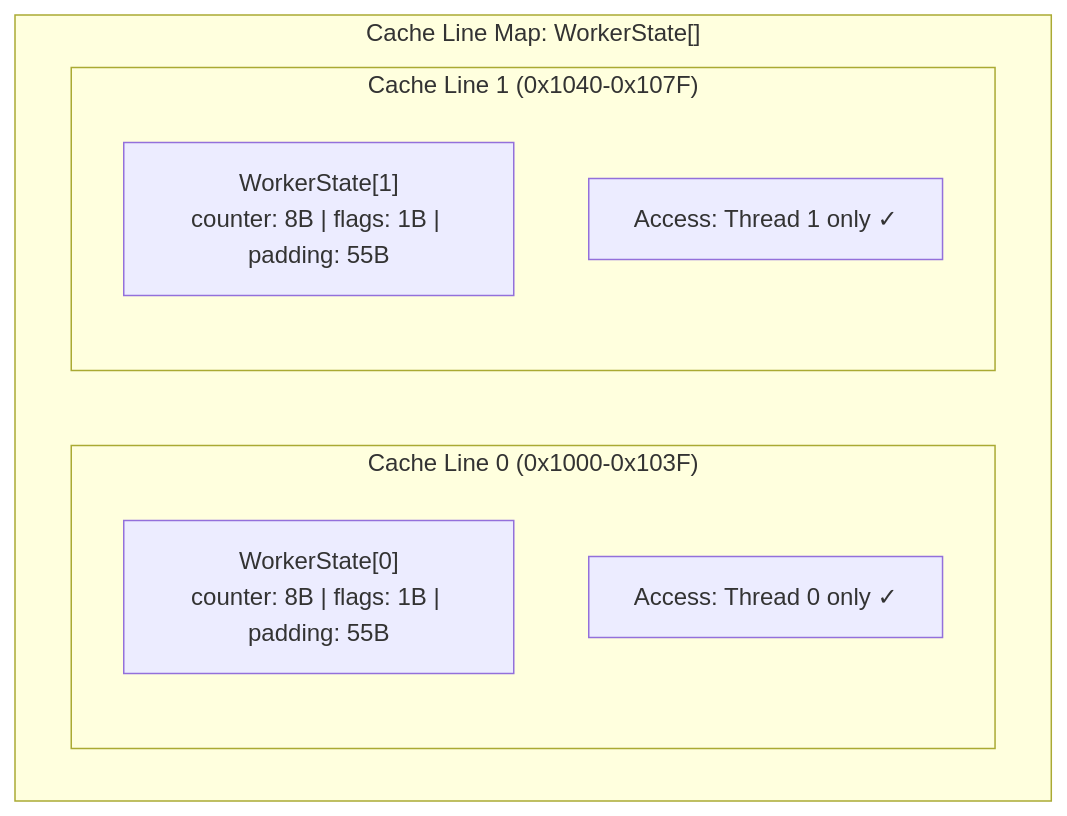
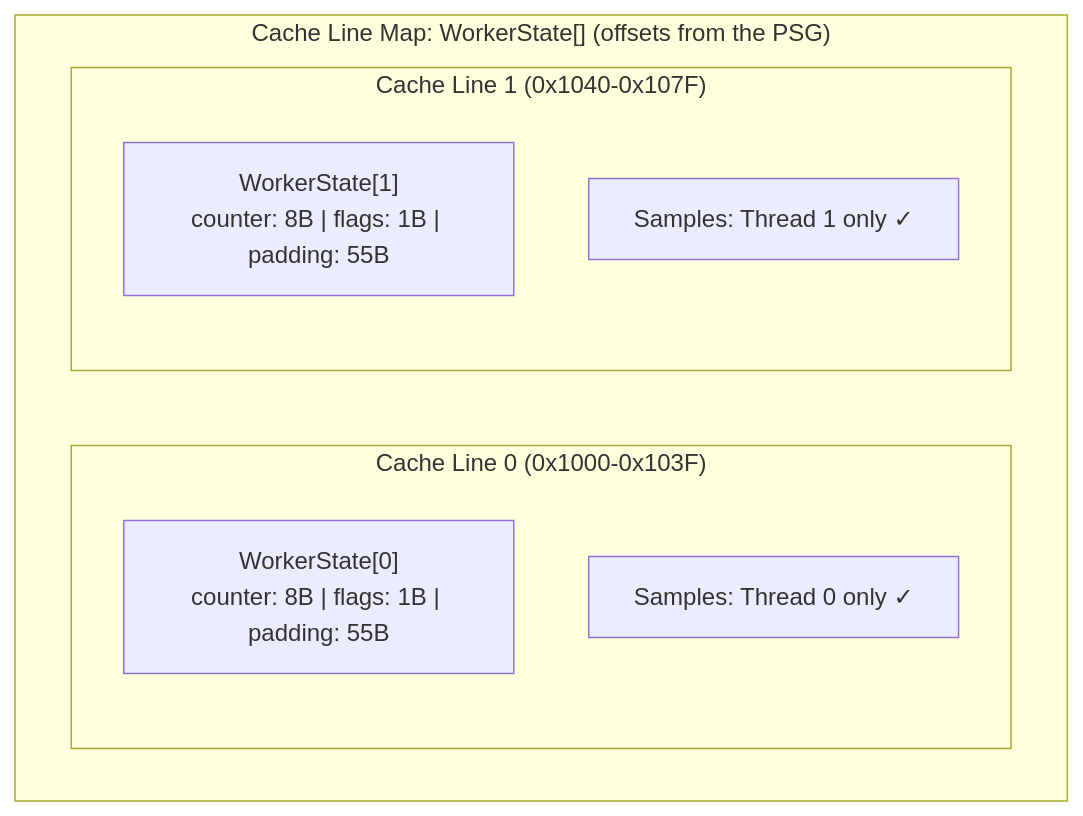
One commit to FidelityFramework/Atelier changed the third of 3 diagrams in docs/08_tooling_integration.md. Above: the diagram before and after it, drawn with Mermaid. The commit also changed other lines of this file and 23 other files, not shown here.

````diff
--- a/docs/08_tooling_integration.md
+++ b/docs/08_tooling_integration.md
@@ -131,14 +141,14 @@
 ```mermaid
 flowchart TB
-    subgraph cachemap["Cache Line Map: WorkerState[]"]
+    subgraph cachemap["Cache Line Map: WorkerState[] (offsets from the PSG)"]
         subgraph line0["Cache Line 0 (0x1000-0x103F)"]
             ws0["WorkerState[0]<br/>counter: 8B | flags: 1B | padding: 55B"]
-            access0["Access: Thread 0 only ✓"]
+            access0["Samples: Thread 0 only ✓"]
         end
 
         subgraph line1["Cache Line 1 (0x1040-0x107F)"]
             ws1["WorkerState[1]<br/>counter: 8B | flags: 1B | padding: 55B"]
-            access1["Access: Thread 1 only ✓"]
+            access1["Samples: Thread 1 only ✓"]
         end
     end
 ```
````
